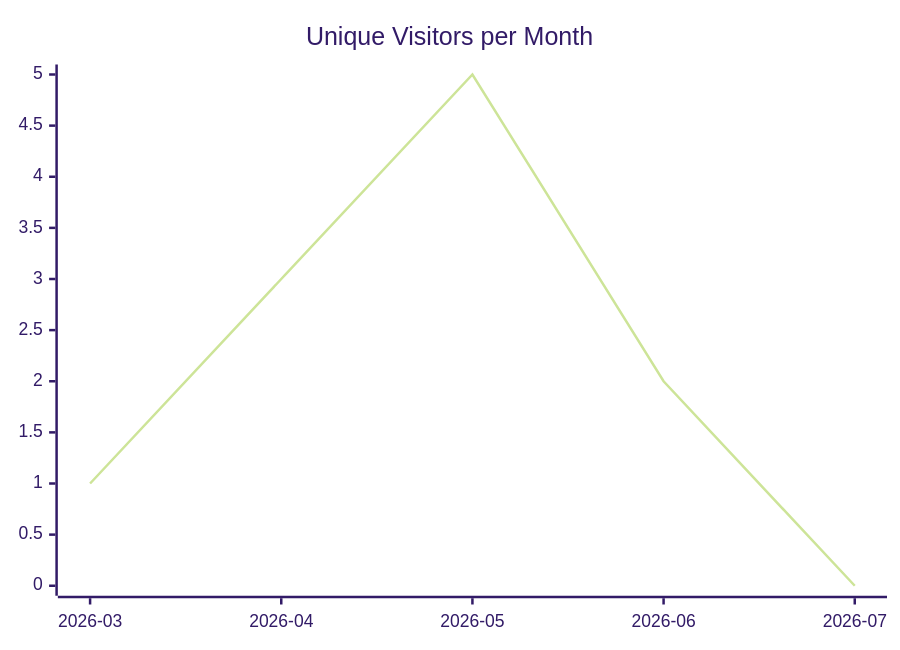
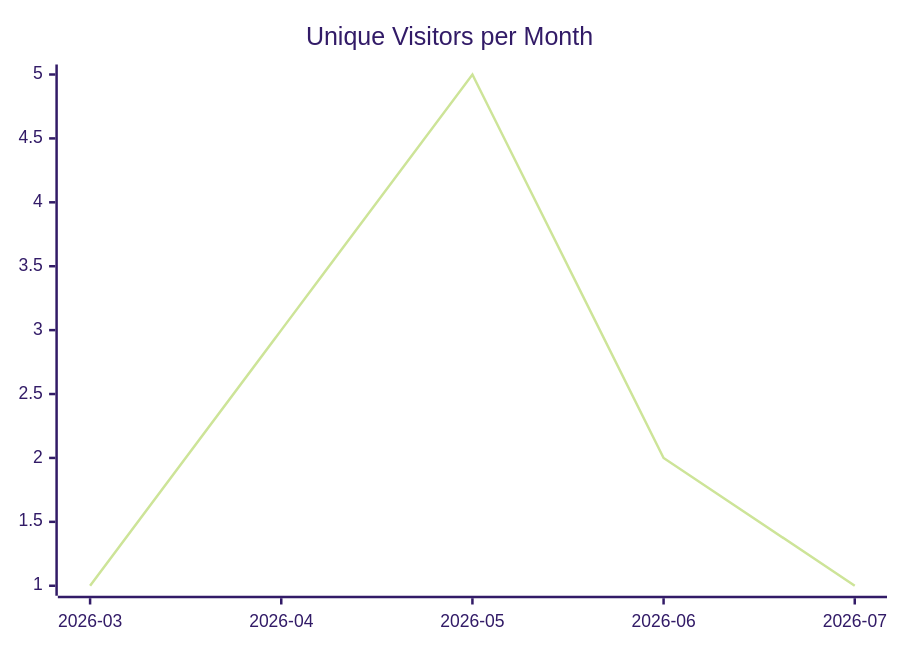
The first of 3 diagrams in justdavis-family/justdavis/README.md (justdavis-family/github-analytics-data), drawn with Mermaid (forest theme) before and after one commit. The commit also changed other lines of this file and 182 other files, not shown here.

````diff
--- a/justdavis-family/justdavis/README.md
+++ b/justdavis-family/justdavis/README.md
@@ -5,6 +5,6 @@
 ```mermaid
 xychart-beta
   title "Unique Visitors per Month"
   x-axis ["2026-03", "2026-04", "2026-05", "2026-06", "2026-07"]
-  line [1, 3, 5, 2, 0]
+  line [1, 3, 5, 2, 1]
 ```
````
